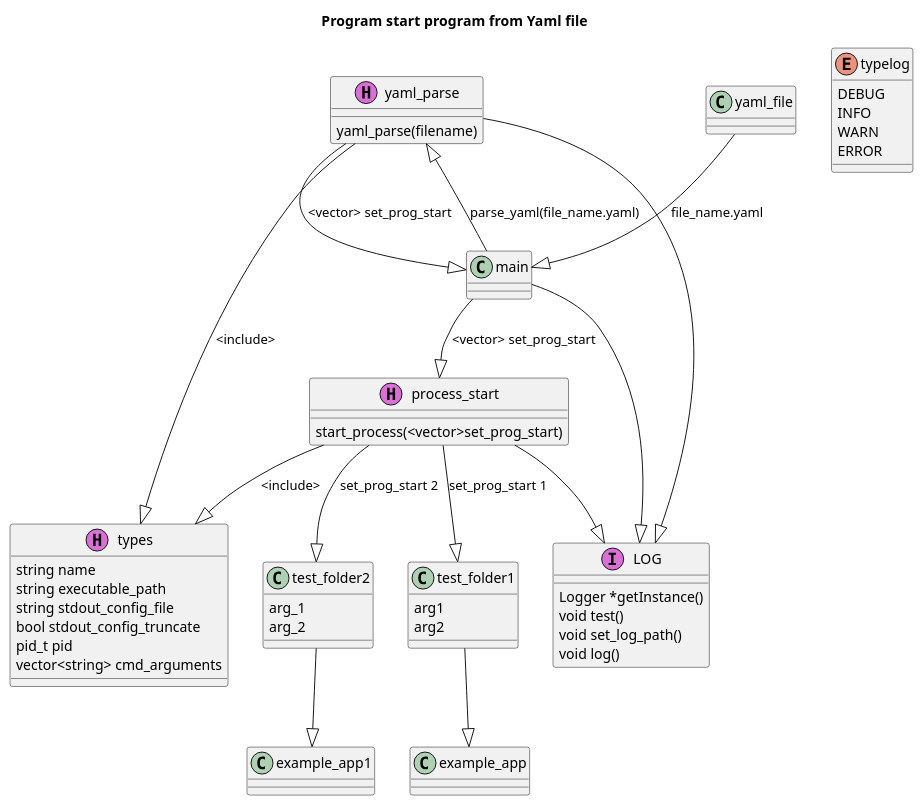
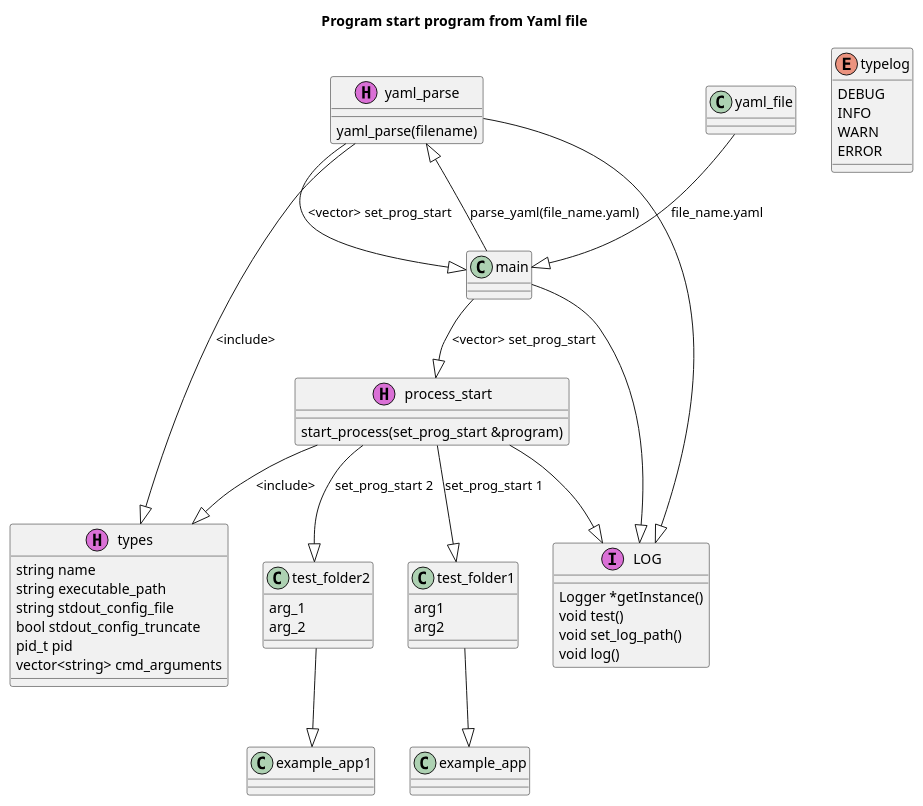
Before and after one commit to ValentinSidorov/DeLorean_Team: the diagram in docs/UML/Struct_prog.puml, drawn with PlantUML. The commit also changed 4 other files, not shown here.

```diff
--- a/docs/UML/Struct_prog.puml
+++ b/docs/UML/Struct_prog.puml
@@ -1,60 +1,59 @@
 @startuml
 title "Program start program from Yaml file"
 class  yaml_parse  << (H,orchid) >>
 class  process_start  << (H,orchid) >>
 class  types  << (H,orchid) >> {
   string name
   string executable_path
   string stdout_config_file
   bool stdout_config_truncate
   pid_t pid
   vector<string> cmd_arguments
 }
 enum   typelog {
      DEBUG 
      INFO 
      WARN 
      ERROR 
      }
 
 class  LOG  << (I,orchid) >> {
   Logger *getInstance()
   void test()
   void set_log_path()
   void log()
 }
 
 yaml_file --|> main :"file_name.yaml"
 
 
 main --|> LOG
 
 main --|> process_start :"<vector> set_prog_start"
 
 main --|> yaml_parse :"parse_yaml(file_name.yaml)"
 yaml_parse --|> main :"<vector> set_prog_start"
 yaml_parse --|> LOG
 
 process_start --|> types :"<include>"
 yaml_parse --|> types :"<include>"
 
 process_start --|> test_folder1 :"set_prog_start 1"
 process_start --|> test_folder2 :"set_prog_start 2"
 
 process_start --|> LOG
 
 test_folder1 --|> example_app
 test_folder2 --|> example_app1  
 
 
 test_folder1 : arg1
 test_folder1 : arg2
 
 test_folder2 : arg_1
 test_folder2 : arg_2
 
 yaml_parse : yaml_parse(filename)
-process_start : start_process(<vector>set_prog_start)
-
+process_start : start_process(set_prog_start &program)
 
 @enduml
```
